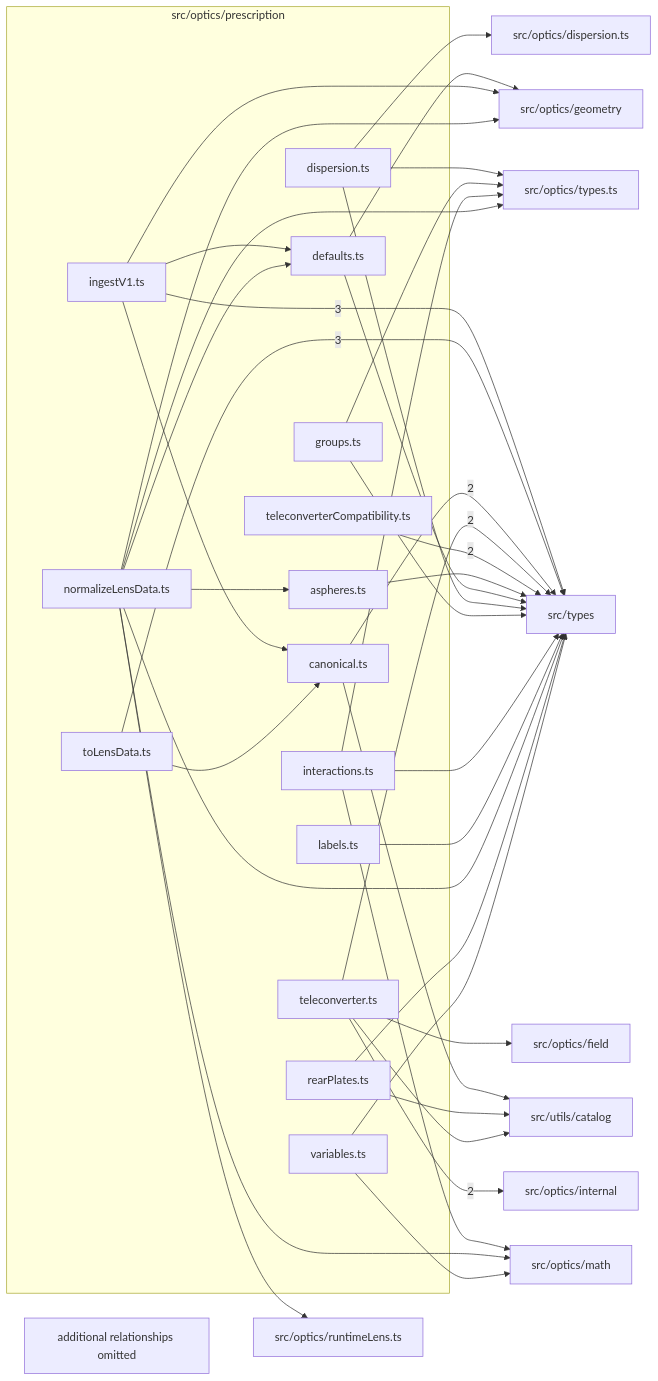
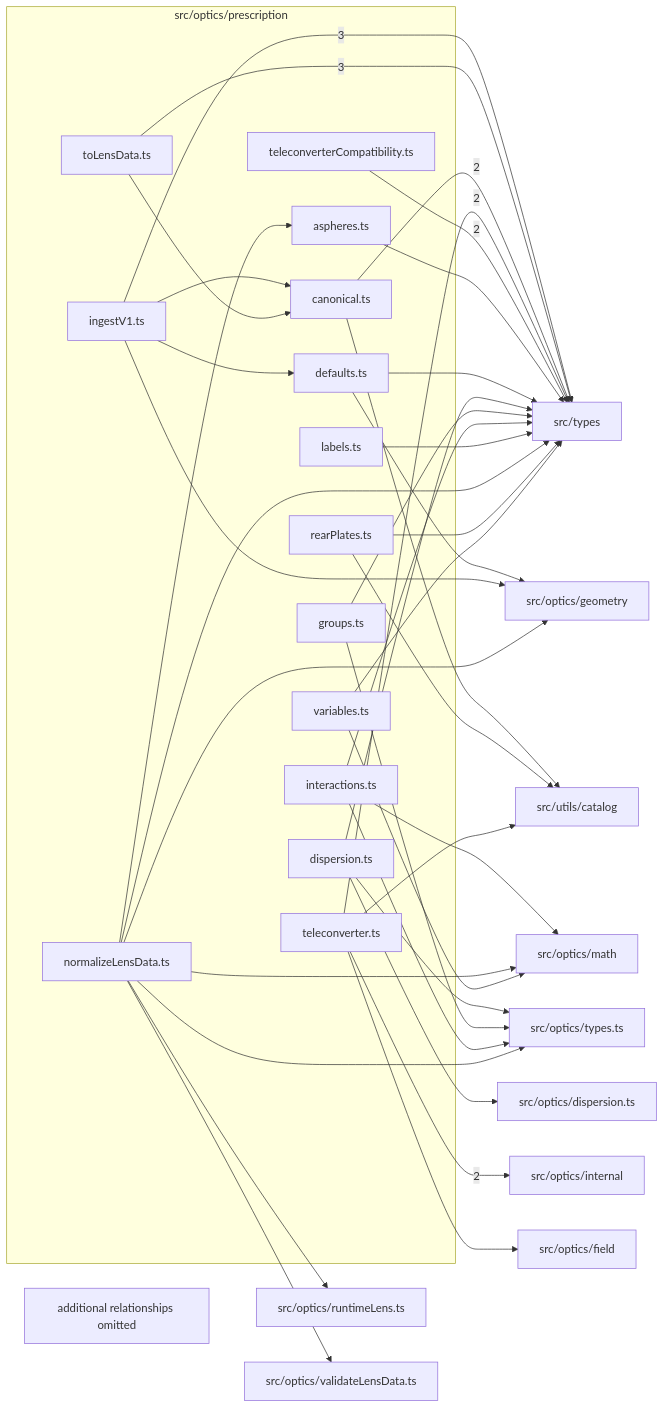
Before and after one commit to ronbuening/LensVisualizer: the diagram in src/optics/prescription/readme.md, drawn with Mermaid. The commit also changed other lines of this file and 22 other files, not shown here.

````diff
--- a/src/optics/prescription/readme.md
+++ b/src/optics/prescription/readme.md
@@ -9,65 +9,66 @@
 ```mermaid
 flowchart LR
   subgraph n_src_optics_prescription["src/optics/prescription"]
     n_src_optics_prescription_src_optics_prescription_aspheres_ts["aspheres.ts"]
     n_src_optics_prescription_src_optics_prescription_canonical_ts["canonical.ts"]
     n_src_optics_prescription_src_optics_prescription_defaults_ts["defaults.ts"]
     n_src_optics_prescription_src_optics_prescription_dispersion_ts["dispersion.ts"]
     n_src_optics_prescription_src_optics_prescription_groups_ts["groups.ts"]
     n_src_optics_prescription_src_optics_prescription_ingestV1_ts["ingestV1.ts"]
     n_src_optics_prescription_src_optics_prescription_interactions_ts["interactions.ts"]
     n_src_optics_prescription_src_optics_prescription_labels_ts["labels.ts"]
     n_src_optics_prescription_src_optics_prescription_normalizeLensData_ts["normalizeLensData.ts"]
     n_src_optics_prescription_src_optics_prescription_rearPlates_ts["rearPlates.ts"]
     n_src_optics_prescription_src_optics_prescription_teleconverter_ts["teleconverter.ts"]
     n_src_optics_prescription_src_optics_prescription_teleconverterCompatibility_ts["teleconverterCompatibility.ts"]
     n_src_optics_prescription_src_optics_prescription_toLensData_ts["toLensData.ts"]
     n_src_optics_prescription_src_optics_prescription_variables_ts["variables.ts"]
   end
   n_external_src_types["src/types"]
   n_external_src_optics_internal["src/optics/internal"]
   n_external_src_optics_dispersion_ts["src/optics/dispersion.ts"]
   n_external_src_optics_field["src/optics/field"]
   n_external_src_optics_geometry["src/optics/geometry"]
   n_external_src_optics_math["src/optics/math"]
   n_external_src_optics_runtimeLens_ts["src/optics/runtimeLens.ts"]
   n_external_src_optics_types_ts["src/optics/types.ts"]
+  n_external_src_optics_validateLensData_ts["src/optics/validateLensData.ts"]
   n_external_src_utils_catalog["src/utils/catalog"]
   n_src_optics_prescription_src_optics_prescription_ingestV1_ts --> |3| n_external_src_types
   n_src_optics_prescription_src_optics_prescription_toLensData_ts --> |3| n_external_src_types
   n_src_optics_prescription_src_optics_prescription_teleconverter_ts --> |2| n_external_src_optics_internal
   n_src_optics_prescription_src_optics_prescription_canonical_ts --> |2| n_external_src_types
   n_src_optics_prescription_src_optics_prescription_teleconverter_ts --> |2| n_external_src_types
   n_src_optics_prescription_src_optics_prescription_teleconverterCompatibility_ts --> |2| n_external_src_types
   n_src_optics_prescription_src_optics_prescription_dispersion_ts --> n_external_src_optics_dispersion_ts
   n_src_optics_prescription_src_optics_prescription_teleconverter_ts --> n_external_src_optics_field
   n_src_optics_prescription_src_optics_prescription_defaults_ts --> n_external_src_optics_geometry
   n_src_optics_prescription_src_optics_prescription_ingestV1_ts --> n_external_src_optics_geometry
   n_src_optics_prescription_src_optics_prescription_normalizeLensData_ts --> n_external_src_optics_geometry
   n_src_optics_prescription_src_optics_prescription_interactions_ts --> n_external_src_optics_math
   n_src_optics_prescription_src_optics_prescription_normalizeLensData_ts --> n_external_src_optics_math
   n_src_optics_prescription_src_optics_prescription_variables_ts --> n_external_src_optics_math
   n_src_optics_prescription_src_optics_prescription_normalizeLensData_ts --> n_external_src_optics_runtimeLens_ts
   n_src_optics_prescription_src_optics_prescription_dispersion_ts --> n_external_src_optics_types_ts
   n_src_optics_prescription_src_optics_prescription_groups_ts --> n_external_src_optics_types_ts
   n_src_optics_prescription_src_optics_prescription_interactions_ts --> n_external_src_optics_types_ts
   n_src_optics_prescription_src_optics_prescription_normalizeLensData_ts --> n_external_src_optics_types_ts
+  n_src_optics_prescription_src_optics_prescription_normalizeLensData_ts --> n_external_src_optics_validateLensData_ts
   n_src_optics_prescription_src_optics_prescription_aspheres_ts --> n_external_src_types
   n_src_optics_prescription_src_optics_prescription_defaults_ts --> n_external_src_types
   n_src_optics_prescription_src_optics_prescription_dispersion_ts --> n_external_src_types
   n_src_optics_prescription_src_optics_prescription_groups_ts --> n_external_src_types
   n_src_optics_prescription_src_optics_prescription_interactions_ts --> n_external_src_types
   n_src_optics_prescription_src_optics_prescription_labels_ts --> n_external_src_types
   n_src_optics_prescription_src_optics_prescription_normalizeLensData_ts --> n_external_src_types
   n_src_optics_prescription_src_optics_prescription_rearPlates_ts --> n_external_src_types
   n_src_optics_prescription_src_optics_prescription_variables_ts --> n_external_src_types
   n_src_optics_prescription_src_optics_prescription_canonical_ts --> n_external_src_utils_catalog
   n_src_optics_prescription_src_optics_prescription_rearPlates_ts --> n_external_src_utils_catalog
   n_src_optics_prescription_src_optics_prescription_teleconverter_ts --> n_external_src_utils_catalog
   n_src_optics_prescription_src_optics_prescription_normalizeLensData_ts --> n_src_optics_prescription_src_optics_prescription_aspheres_ts
   n_src_optics_prescription_src_optics_prescription_ingestV1_ts --> n_src_optics_prescription_src_optics_prescription_canonical_ts
   n_src_optics_prescription_src_optics_prescription_toLensData_ts --> n_src_optics_prescription_src_optics_prescription_canonical_ts
   n_src_optics_prescription_src_optics_prescription_ingestV1_ts --> n_src_optics_prescription_src_optics_prescription_defaults_ts
-  n_src_optics_prescription_src_optics_prescription_normalizeLensData_ts --> n_src_optics_prescription_src_optics_prescription_defaults_ts
   n_src_optics_prescription_truncated["additional relationships omitted"]
 ```
````
